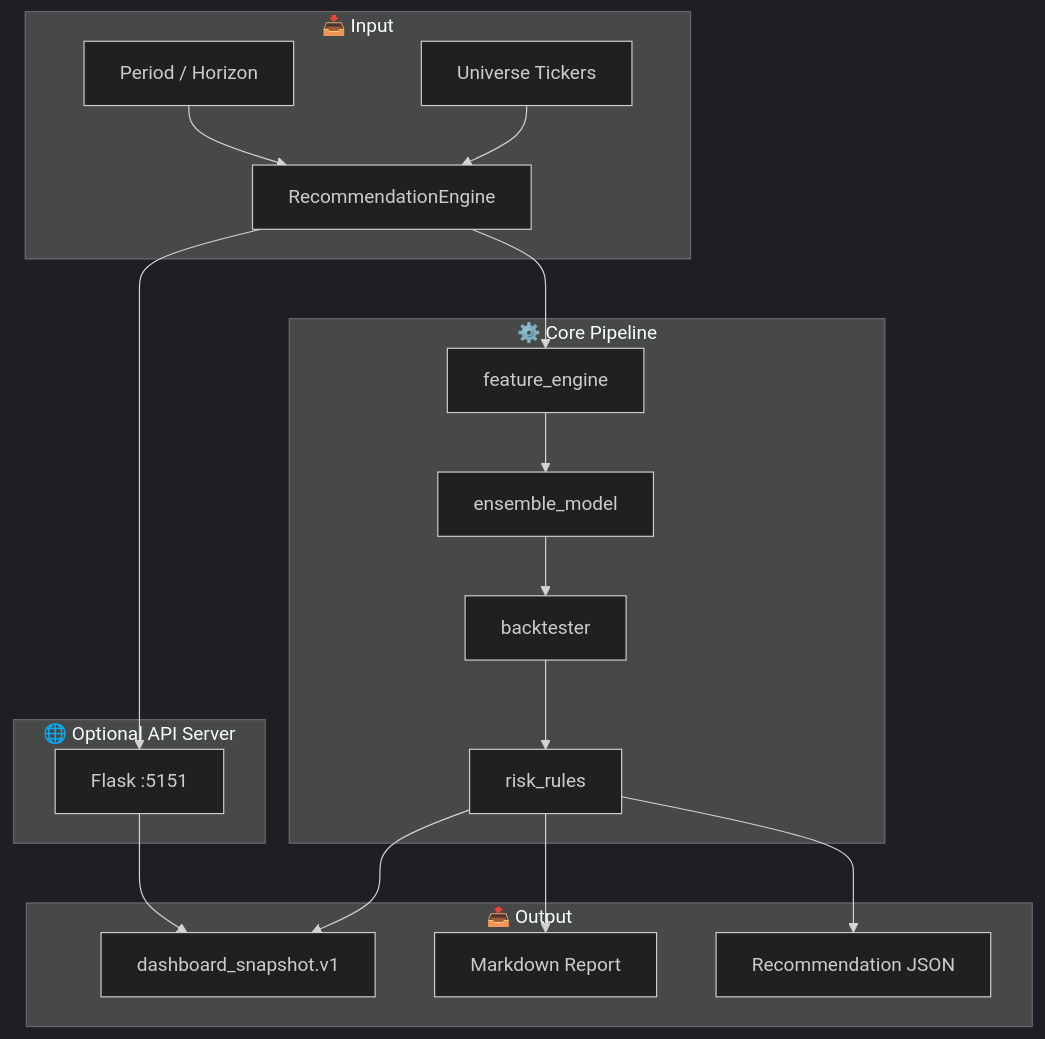
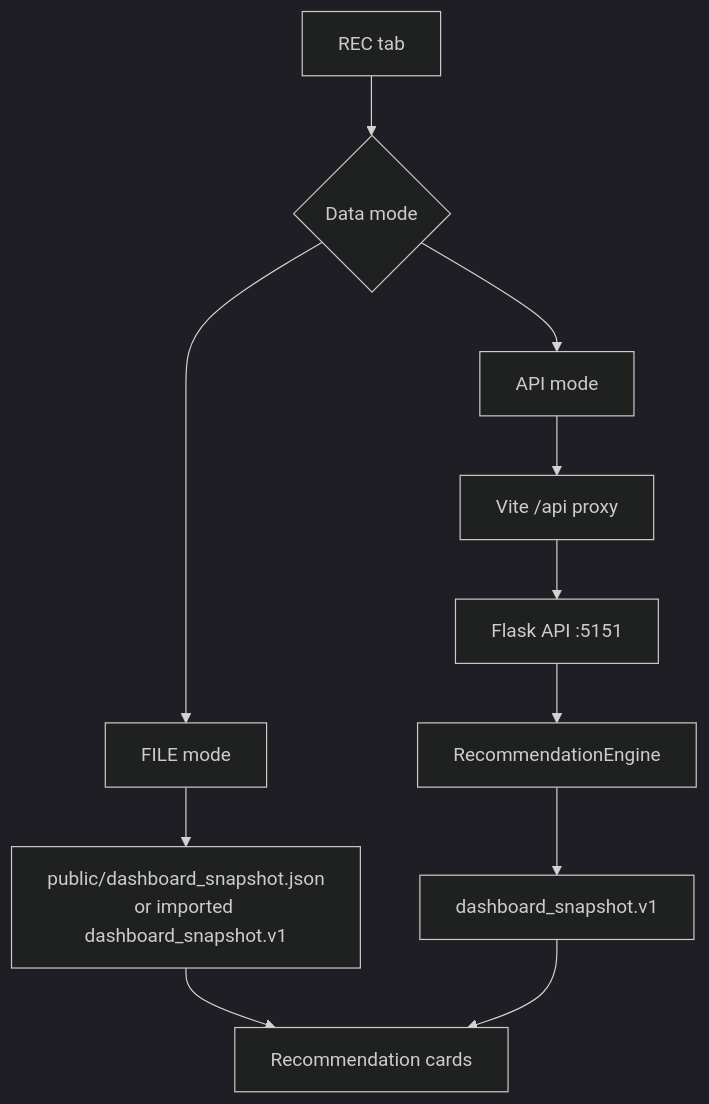
One commit to macho715/stock_hermes changed the third of 5 diagrams in README.md. Above: the diagram before and after it, drawn with Mermaid (dark theme). The commit also changed other lines of this file and 1 other file, not shown here.

Commit message:
Document dashboard investment readiness layout

````diff
--- a/README.md
+++ b/README.md
@@ -276,22 +203,13 @@
 ```mermaid
 flowchart TD
-    subgraph Input["📥 Input"]
-        U[Universe Tickers] --> RE[RecommendationEngine]
-        P[Period / Horizon] --> RE
-    end
-    subgraph Core["⚙️ Core Pipeline"]
-        RE --> FE[feature_engine]
-        FE --> EM[ensemble_model]
-        EM --> BT[backtester]
-        BT --> RR[risk_rules]
-    end
-    subgraph Output["📤 Output"]
-        RR --> SNAP[dashboard_snapshot.v1]
-        RR --> REPORT[Markdown Report]
-        RR --> JSON[Recommendation JSON]
-    end
-    subgraph ApiServer["🌐 Optional API Server"]
-        RE --> FlaskAPI[Flask :5151]
-        FlaskAPI --> SNAP
-    end
+    Rec[REC tab] --> ModeChoice{Data mode}
+    ModeChoice --> FileMode[FILE mode]
+    ModeChoice --> ApiMode[API mode]
+    FileMode --> SnapshotFile[public/dashboard_snapshot.json<br/>or imported dashboard_snapshot.v1]
+    ApiMode --> ViteProxy[Vite /api proxy]
+    ViteProxy --> Flask[Flask API :5151]
+    Flask --> Engine[RecommendationEngine]
+    Engine --> Snapshot[dashboard_snapshot.v1]
+    SnapshotFile --> Cards[Recommendation cards]
+    Snapshot --> Cards
 ```
````
